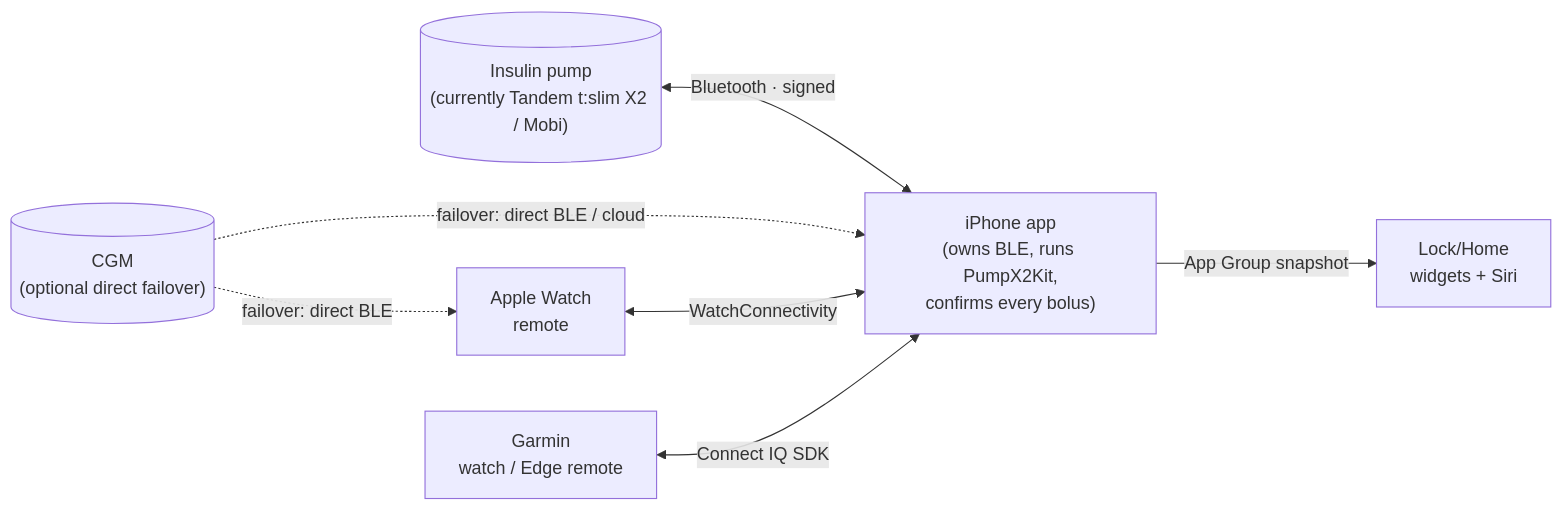
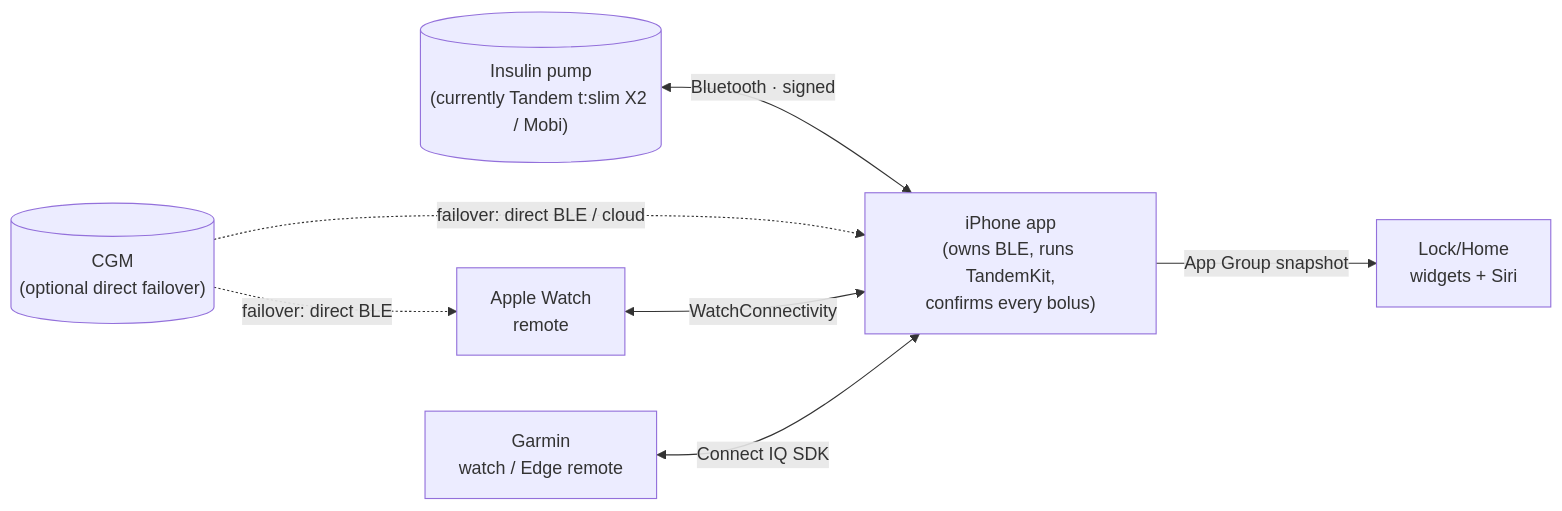
Before and after one commit to faBolus-app/faBolus: the diagram in docs/architecture.md, drawn with Mermaid. The commit also changed other lines of this file and 43 other files, not shown here.

````diff
--- a/docs/architecture.md
+++ b/docs/architecture.md
@@ -12,16 +12,16 @@
 ```mermaid
 flowchart LR
     Pump[("Insulin pump\n(currently Tandem t:slim X2 / Mobi)")]
     CGM[("CGM\n(optional direct failover)")]
-    Phone["iPhone app\n(owns BLE, runs PumpX2Kit,\nconfirms every bolus)"]
+    Phone["iPhone app\n(owns BLE, runs TandemKit,\nconfirms every bolus)"]
     Watch["Apple Watch\nremote"]
     Garmin["Garmin\nwatch / Edge remote"]
     Widgets["Lock/Home\nwidgets + Siri"]
 
     Pump <-->|Bluetooth · signed| Phone
     CGM -.->|failover: direct BLE / cloud| Phone
     CGM -.->|failover: direct BLE| Watch
     Watch <-->|WatchConnectivity| Phone
     Garmin <-->|Connect IQ SDK| Phone
     Phone -->|App Group snapshot| Widgets
 ```
````
